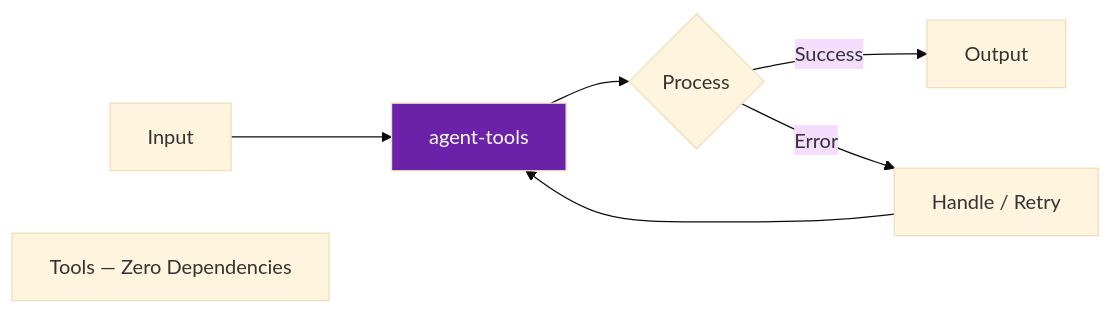
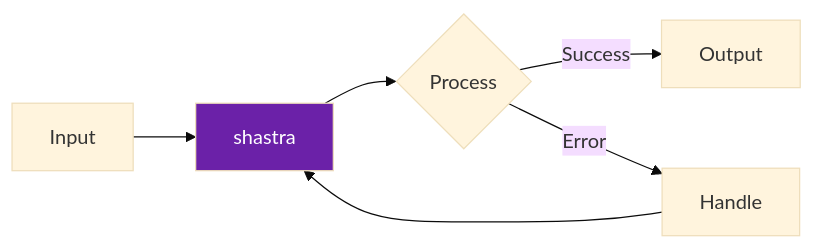
Before and after one commit to darshjme/agent-tools: the diagram in README.md, drawn with Mermaid (base theme). The commit also changed other lines of this file and 1 other file, not shown here.

First line of the commit message:
feat(vedic-v3): rename to shastra (शस्त्र)

````diff
--- a/README.md
+++ b/README.md
@@ -48,10 +39,9 @@
 ```mermaid
 flowchart LR
-    A[Input] --> B[agent-tools]
+    A[Input] --> B[shastra]
     B --> C{Process}
     C -- Success --> D[Output]
-    C -- Error --> E[Handle / Retry]
+    C -- Error --> E[Handle]
     E --> B
     style B fill:#6b21a8,color:#fff
-    note["Tools — Zero Dependencies"]
 ```
````
